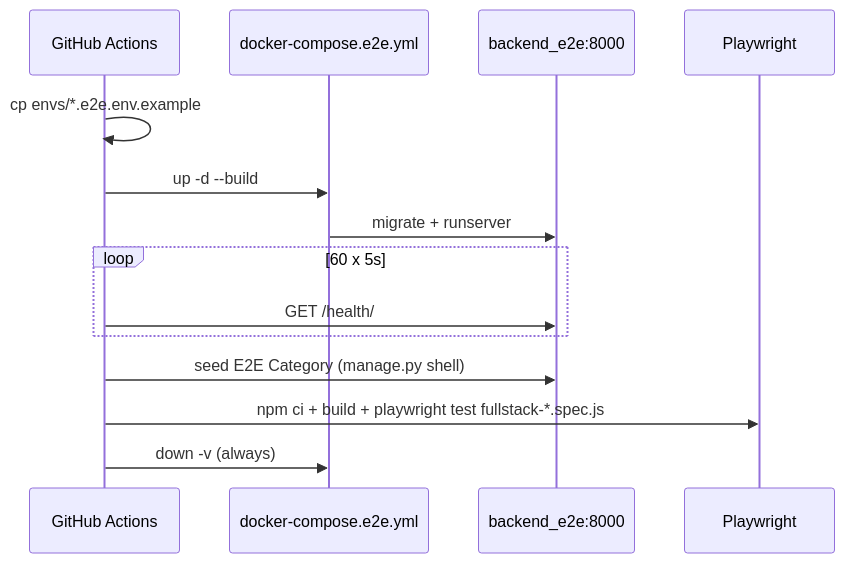
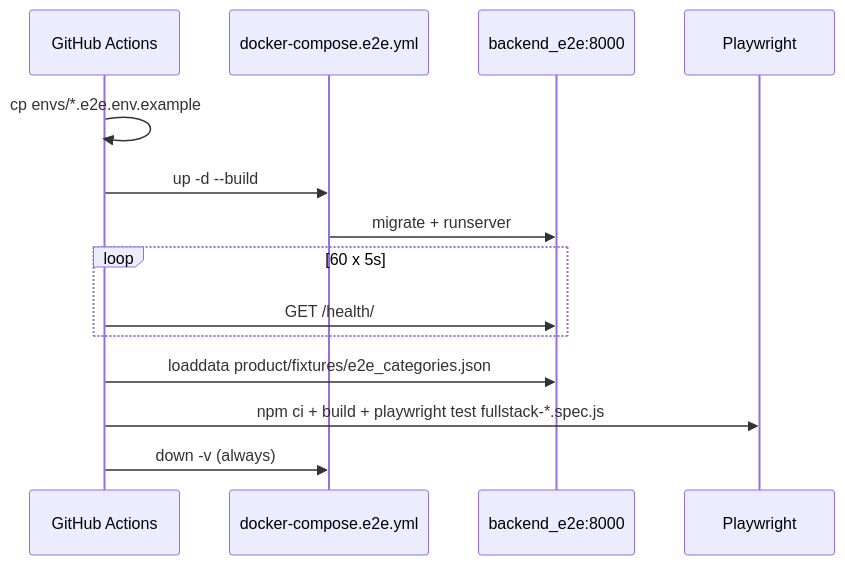
The diagram in docs/tasks/018-full-stack-e2e-ci-implementation/task.md (pavelchamgl/reli.one), drawn with Mermaid before and after one commit. The commit also changed other lines of this file and 6 other files, not shown here.

````diff
--- a/docs/tasks/018-full-stack-e2e-ci-implementation/task.md
+++ b/docs/tasks/018-full-stack-e2e-ci-implementation/task.md
@@ -61,17 +61,17 @@
 ```mermaid
 sequenceDiagram
     participant GHA as GitHub Actions
     participant DC as docker-compose.e2e.yml
     participant BE as backend_e2e:8000
     participant PW as Playwright
 
     GHA->>GHA: cp envs/*.e2e.env.example
     GHA->>DC: up -d --build
     DC->>BE: migrate + runserver
     loop 60 x 5s
         GHA->>BE: GET /health/
     end
-    GHA->>BE: seed E2E Category (manage.py shell)
+    GHA->>BE: loaddata product/fixtures/e2e_categories.json
     GHA->>PW: npm ci + build + playwright test fullstack-*.spec.js
     GHA->>DC: down -v (always)
 ```
````
